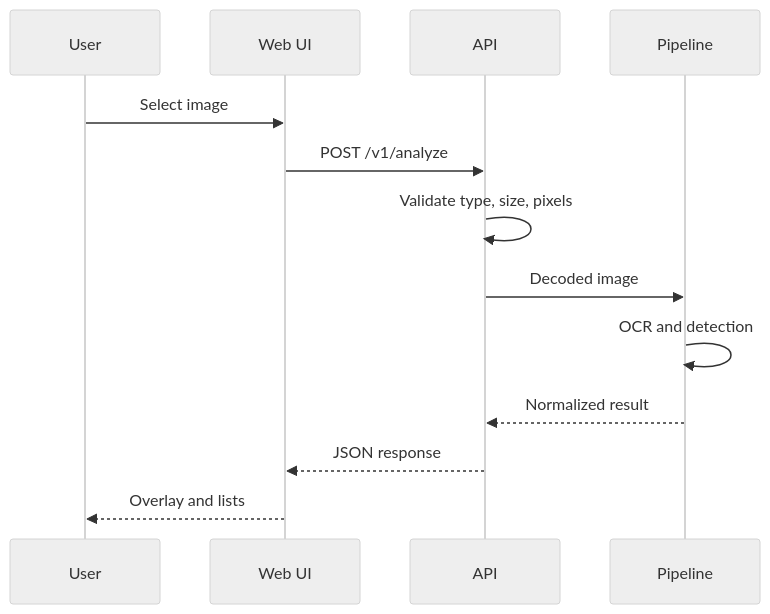
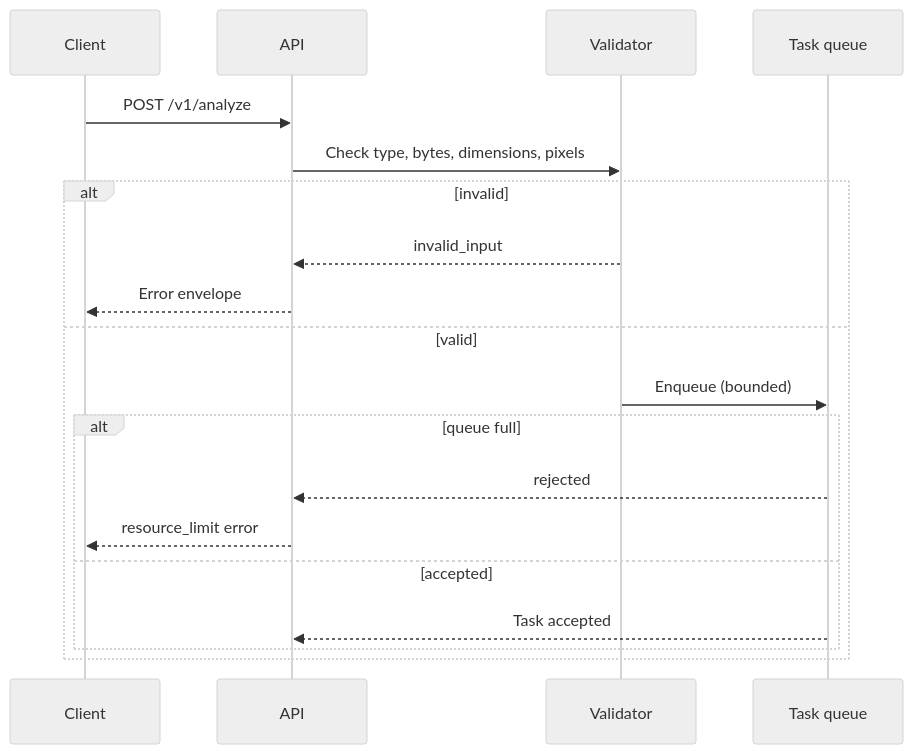
The first of 9 diagrams in docs/PROCESS_FLOWS.md (TKJ-Networkers31/VISTA_Project), drawn with Mermaid (neutral theme) before and after one commit. The commit also changed other lines of this file and 44 other files, not shown here.

````diff
--- a/docs/PROCESS_FLOWS.md
+++ b/docs/PROCESS_FLOWS.md
@@ -6,15 +6,21 @@
 ```mermaid
 sequenceDiagram
-  participant U as User
-  participant W as Web UI
+  participant C as Client
   participant A as API
-  participant P as Pipeline
-  U->>W: Select image
-  W->>A: POST /v1/analyze
-  A->>A: Validate type, size, pixels
-  A->>P: Decoded image
-  P->>P: OCR and detection
-  P-->>A: Normalized result
-  A-->>W: JSON response
-  W-->>U: Overlay and lists
+  participant V as Validator
+  participant Q as Task queue
+  C->>A: POST /v1/analyze
+  A->>V: Check type, bytes, dimensions, pixels
+  alt invalid
+    V-->>A: invalid_input
+    A-->>C: Error envelope
+  else valid
+    V->>Q: Enqueue (bounded)
+    alt queue full
+      Q-->>A: rejected
+      A-->>C: resource_limit error
+    else accepted
+      Q-->>A: Task accepted
+    end
+  end
 ```
````
